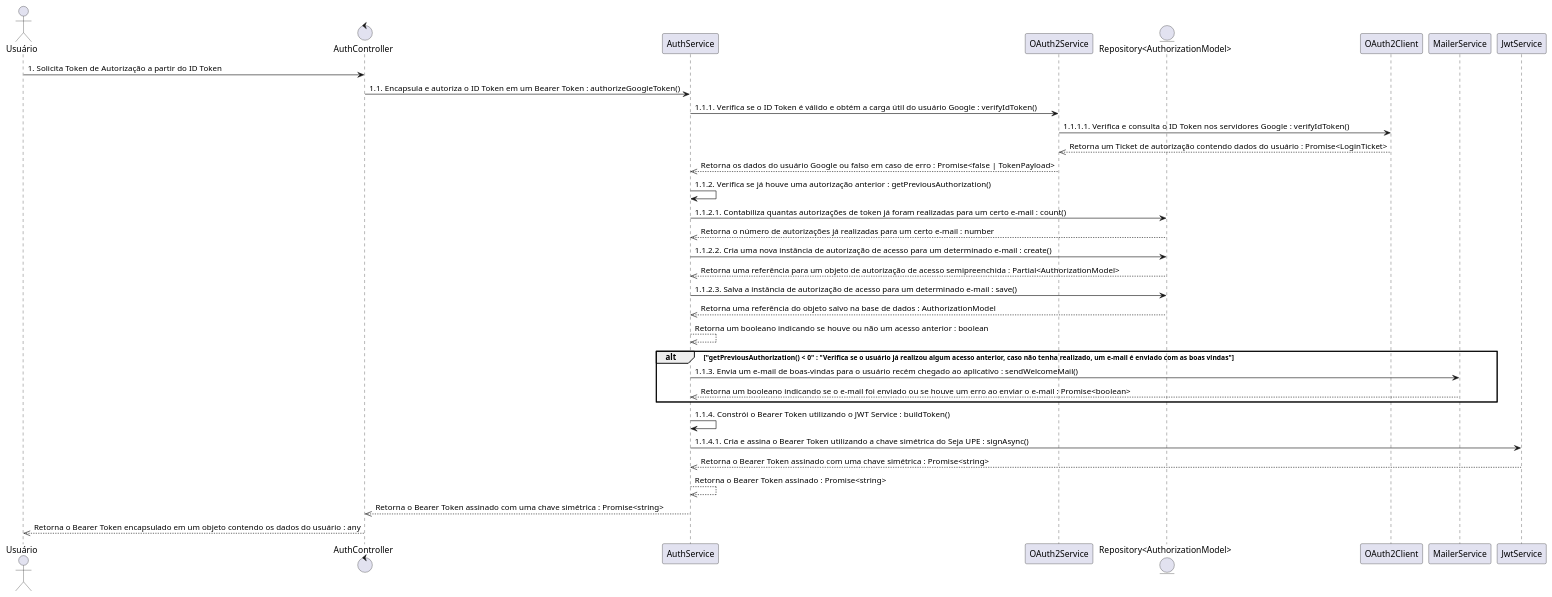
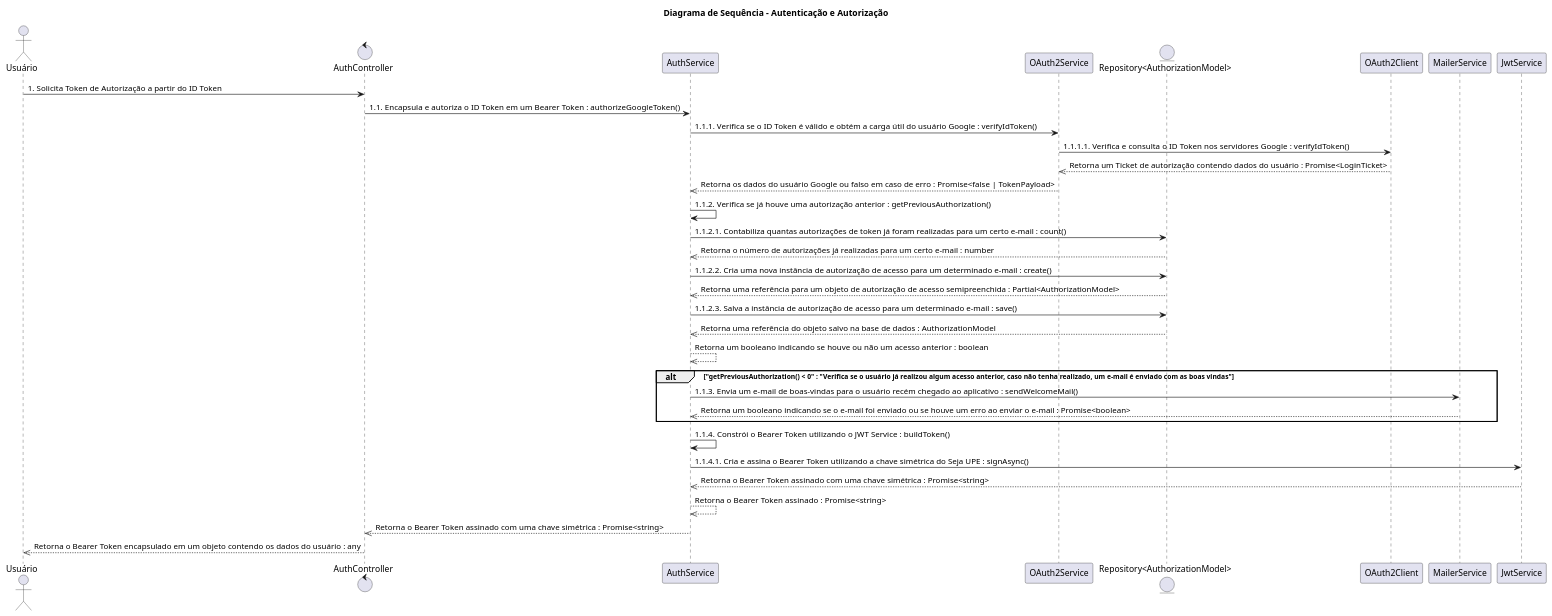
The diagram in src/C1. Visão Geral/C2. Sistema/C3. Endpoints RESTful (Server)/C4. Visão de Processo/[PUML] Sequência - Autenticação e Autorização.puml (MurylloEx/Seja-UPE-Docs), drawn with PlantUML before and after one commit. The commit also changed 14 other files, not shown here.

```diff
--- a/src/C1. Visão Geral/C2. Sistema/C3. Endpoints RESTful (Server)/C4. Visão de Processo/[PUML] Sequência - Autenticação e Autorização.puml
+++ b/src/C1. Visão Geral/C2. Sistema/C3. Endpoints RESTful (Server)/C4. Visão de Processo/[PUML] Sequência - Autenticação e Autorização.puml
@@ -1,39 +1,39 @@
 @startuml "Sequence Diagram"
 
-title ""
+title "Diagrama de Sequência - Autenticação e Autorização"
 
 actor "Usuário"                         as USER
 control "AuthController"                as AUTH_CONTROLLER
 participant "AuthService"               as AUTH_SERVICE
 participant "OAuth2Service"             as OAUTH2_SERVICE
 entity "Repository<AuthorizationModel>" as AUTHORIZATION_REPOSITORY
 participant "OAuth2Client"              as OAUTH2_CLIENT
 participant "MailerService"             as MAILER_SERVICE
 participant "JwtService"                as JWT_SERVICE
 
 USER -> AUTH_CONTROLLER : 1. Solicita Token de Autorização a partir do ID Token
 AUTH_CONTROLLER -> AUTH_SERVICE : 1.1. Encapsula e autoriza o ID Token em um Bearer Token : authorizeGoogleToken()
 AUTH_SERVICE -> OAUTH2_SERVICE : 1.1.1. Verifica se o ID Token é válido e obtém a carga útil do usuário Google : verifyIdToken()
 OAUTH2_SERVICE -> OAUTH2_CLIENT : 1.1.1.1. Verifica e consulta o ID Token nos servidores Google : verifyIdToken()
 OAUTH2_CLIENT -->> OAUTH2_SERVICE : Retorna um Ticket de autorização contendo dados do usuário : Promise<LoginTicket>
 OAUTH2_SERVICE -->> AUTH_SERVICE : Retorna os dados do usuário Google ou falso em caso de erro : Promise<false | TokenPayload>
 AUTH_SERVICE -> AUTH_SERVICE : 1.1.2. Verifica se já houve uma autorização anterior : getPreviousAuthorization()
 AUTH_SERVICE -> AUTHORIZATION_REPOSITORY : 1.1.2.1. Contabiliza quantas autorizações de token já foram realizadas para um certo e-mail : count()
 AUTHORIZATION_REPOSITORY -->> AUTH_SERVICE : Retorna o número de autorizações já realizadas para um certo e-mail : number
 AUTH_SERVICE -> AUTHORIZATION_REPOSITORY : 1.1.2.2. Cria uma nova instância de autorização de acesso para um determinado e-mail : create()
 AUTHORIZATION_REPOSITORY -->> AUTH_SERVICE : Retorna uma referência para um objeto de autorização de acesso semipreenchida : Partial<AuthorizationModel>
 AUTH_SERVICE -> AUTHORIZATION_REPOSITORY : 1.1.2.3. Salva a instância de autorização de acesso para um determinado e-mail : save()
 AUTHORIZATION_REPOSITORY -->> AUTH_SERVICE : Retorna uma referência do objeto salvo na base de dados : AuthorizationModel
 AUTH_SERVICE -->> AUTH_SERVICE : Retorna um booleano indicando se houve ou não um acesso anterior : boolean
 alt "getPreviousAuthorization() < 0" : "Verifica se o usuário já realizou algum acesso anterior, caso não tenha realizado, um e-mail é enviado com as boas vindas"
   AUTH_SERVICE -> MAILER_SERVICE : 1.1.3. Envia um e-mail de boas-vindas para o usuário recém chegado ao aplicativo : sendWelcomeMail()
   MAILER_SERVICE -->> AUTH_SERVICE : Retorna um booleano indicando se o e-mail foi enviado ou se houve um erro ao enviar o e-mail : Promise<boolean>
 end
 AUTH_SERVICE -> AUTH_SERVICE : 1.1.4. Constrói o Bearer Token utilizando o JWT Service : buildToken()
 AUTH_SERVICE -> JWT_SERVICE : 1.1.4.1. Cria e assina o Bearer Token utilizando a chave simétrica do Seja UPE : signAsync()
 JWT_SERVICE -->> AUTH_SERVICE : Retorna o Bearer Token assinado com uma chave simétrica : Promise<string>
 AUTH_SERVICE -->> AUTH_SERVICE : Retorna o Bearer Token assinado : Promise<string>
 AUTH_SERVICE -->> AUTH_CONTROLLER : Retorna o Bearer Token assinado com uma chave simétrica : Promise<string>
 AUTH_CONTROLLER -->> USER : Retorna o Bearer Token encapsulado em um objeto contendo os dados do usuário : any
 
 @enduml
```
